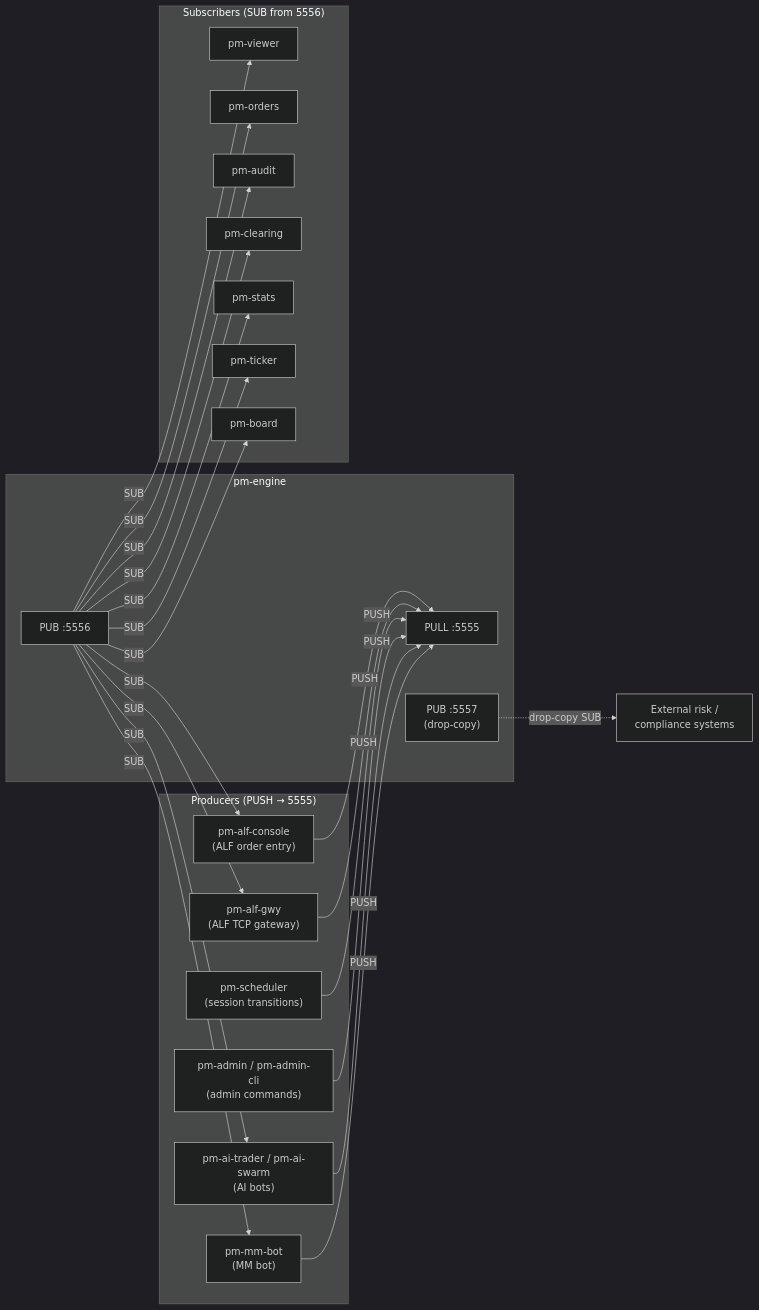
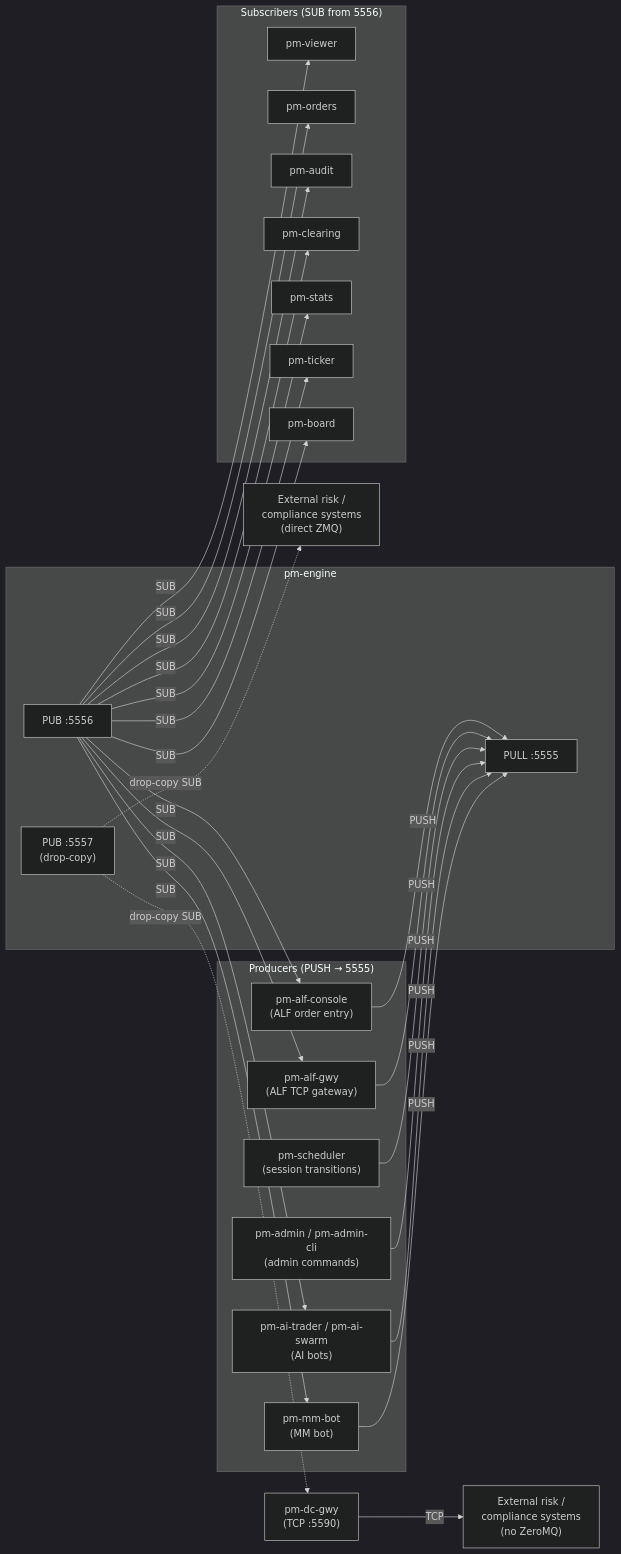
The first of 2 diagrams in docs/user-guide/170-processes.md (johan162/EduMatcher), drawn with Mermaid (dark theme) before and after one commit. The commit also changed other lines of this file and 14 other files, not shown here.

First line of the commit message:
feat(dc-gwy): added pm-dc-gwy: external TCP gateway for the drop-copy feed

````diff
--- a/docs/user-guide/170-processes.md
+++ b/docs/user-guide/170-processes.md
@@ -37,46 +37,48 @@
 ```mermaid
 flowchart LR
     subgraph producers["Producers (PUSH → 5555)"]
         GW["pm-alf-console\n(ALF order entry)"]
         ALFGWY["pm-alf-gwy\n(ALF TCP gateway)"]
         SCH["pm-scheduler\n(session transitions)"]
         ADM["pm-admin / pm-admin-cli\n(admin commands)"]
         AI["pm-ai-trader / pm-ai-swarm\n(AI bots)"]
         MMB["pm-mm-bot\n(MM bot)"]
     end
 
     subgraph engine["pm-engine"]
         PULL["PULL :5555"]
         PUB["PUB :5556"]
         DC["PUB :5557\n(drop-copy)"]
     end
 
     subgraph subscribers["Subscribers (SUB from 5556)"]
         VW["pm-viewer"]
         ORD["pm-orders"]
         AUD["pm-audit"]
         CLR["pm-clearing"]
         STS["pm-stats"]
         TKR["pm-ticker"]
         BRD["pm-board"]
     end
 
     GW -->|PUSH| PULL
     ALFGWY -->|PUSH| PULL
     SCH -->|PUSH| PULL
     ADM -->|PUSH| PULL
     AI -->|PUSH| PULL
     MMB -->|PUSH| PULL
     PUB -->|SUB| GW
     PUB -->|SUB| ALFGWY
     PUB -->|SUB| VW
     PUB -->|SUB| ORD
     PUB -->|SUB| AUD
     PUB -->|SUB| CLR
     PUB -->|SUB| STS
     PUB -->|SUB| TKR
     PUB -->|SUB| BRD
     PUB -->|SUB| AI
     PUB -->|SUB| MMB
-    DC -.->|drop-copy SUB| EXT["External risk /\ncompliance systems"]
+    DC -.->|drop-copy SUB| EXT["External risk /\ncompliance systems\n(direct ZMQ)"]
+    DC -.->|drop-copy SUB| DCGWY["pm-dc-gwy\n(TCP :5590)"]
+    DCGWY -->|TCP| EXT2["External risk /\ncompliance systems\n(no ZeroMQ)"]
 ```
````
